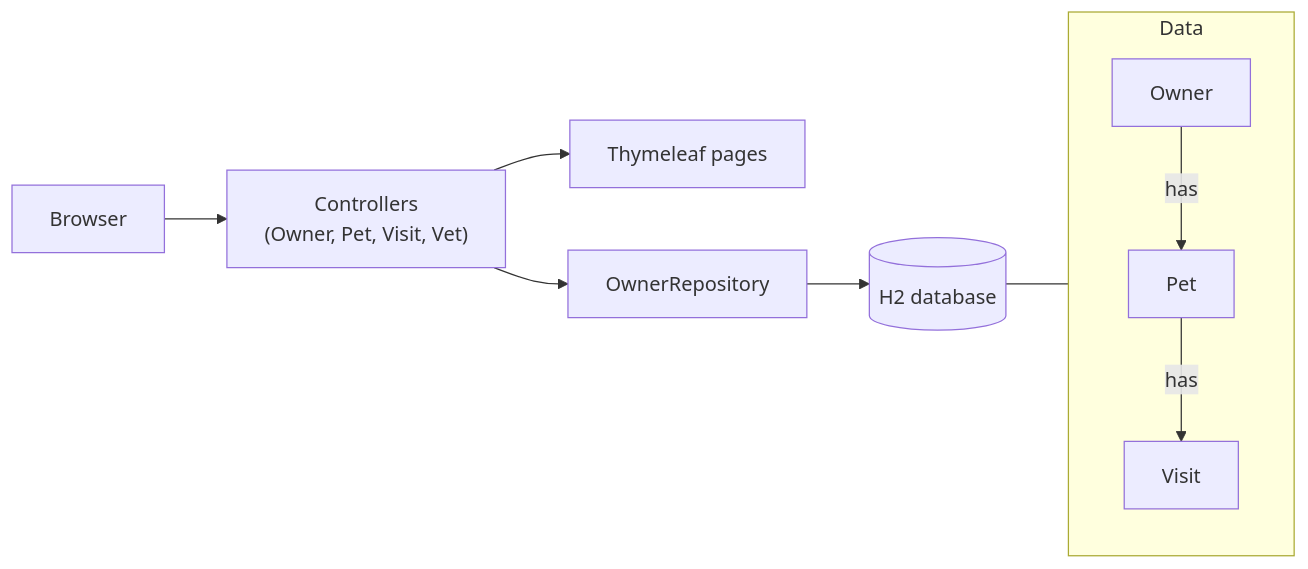
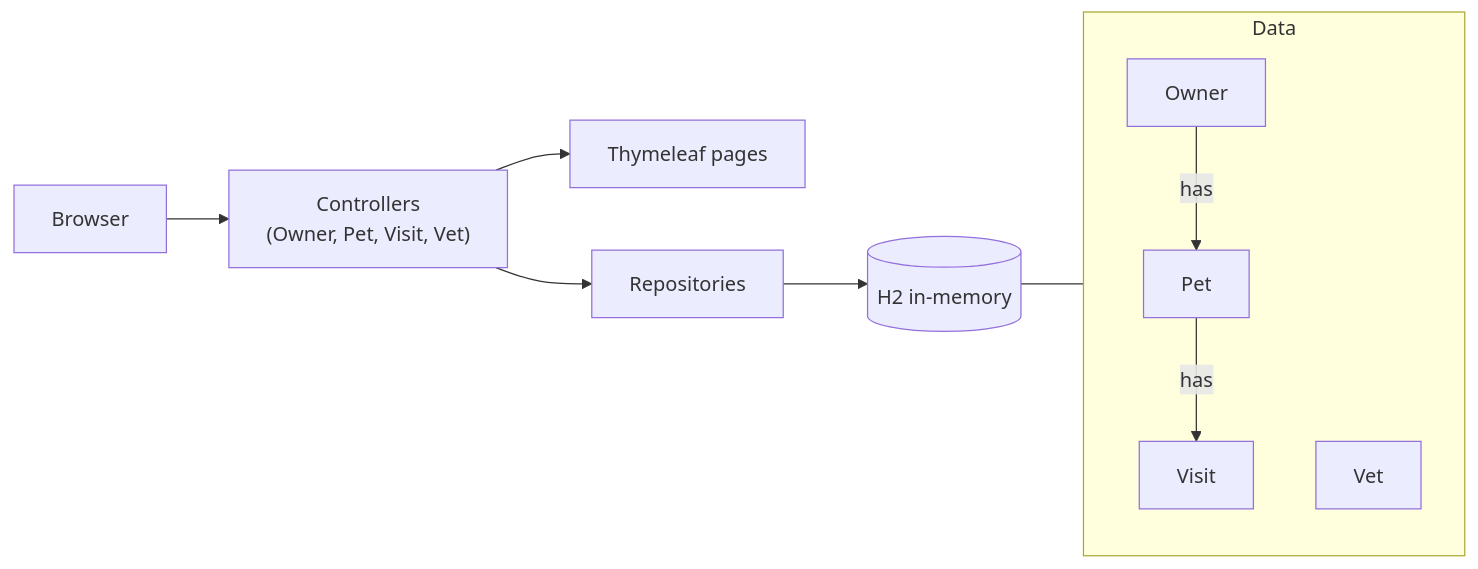
The diagram in README.md (Knowit-Objectnet/agentisk-utvikling), drawn with Mermaid before and after one commit. The commit also changed other lines of this file and 4 other files, not shown here.

````diff
--- a/README.md
+++ b/README.md
@@ -9,11 +9,12 @@
 ```mermaid
 flowchart LR
     B[Browser] --> C["Controllers<br/>(Owner, Pet, Visit, Vet)"]
     C --> T[Thymeleaf pages]
-    C --> R[OwnerRepository]
-    R --> DB[(H2 database)]
+    C --> R[Repositories]
+    R --> DB[(H2 in-memory)]
     subgraph Data
         O[Owner] -->|has| P[Pet] -->|has| V[Visit]
+        Vet
     end
     DB --- Data
 ```
````
